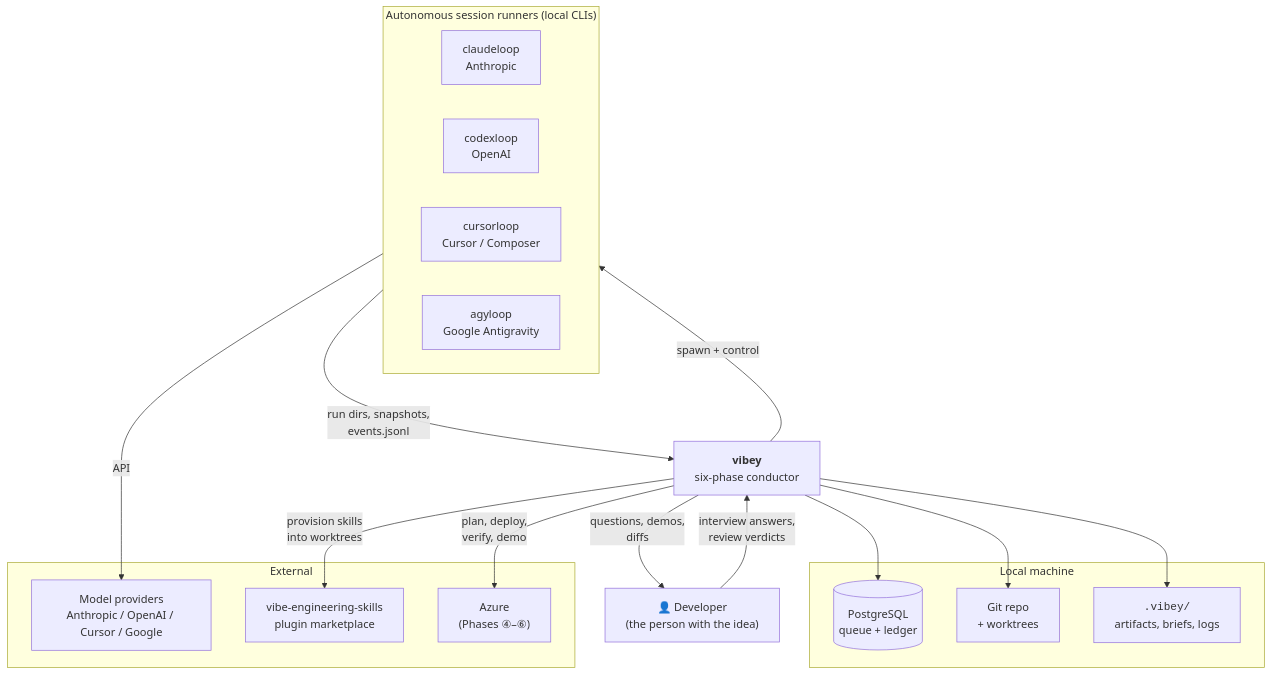
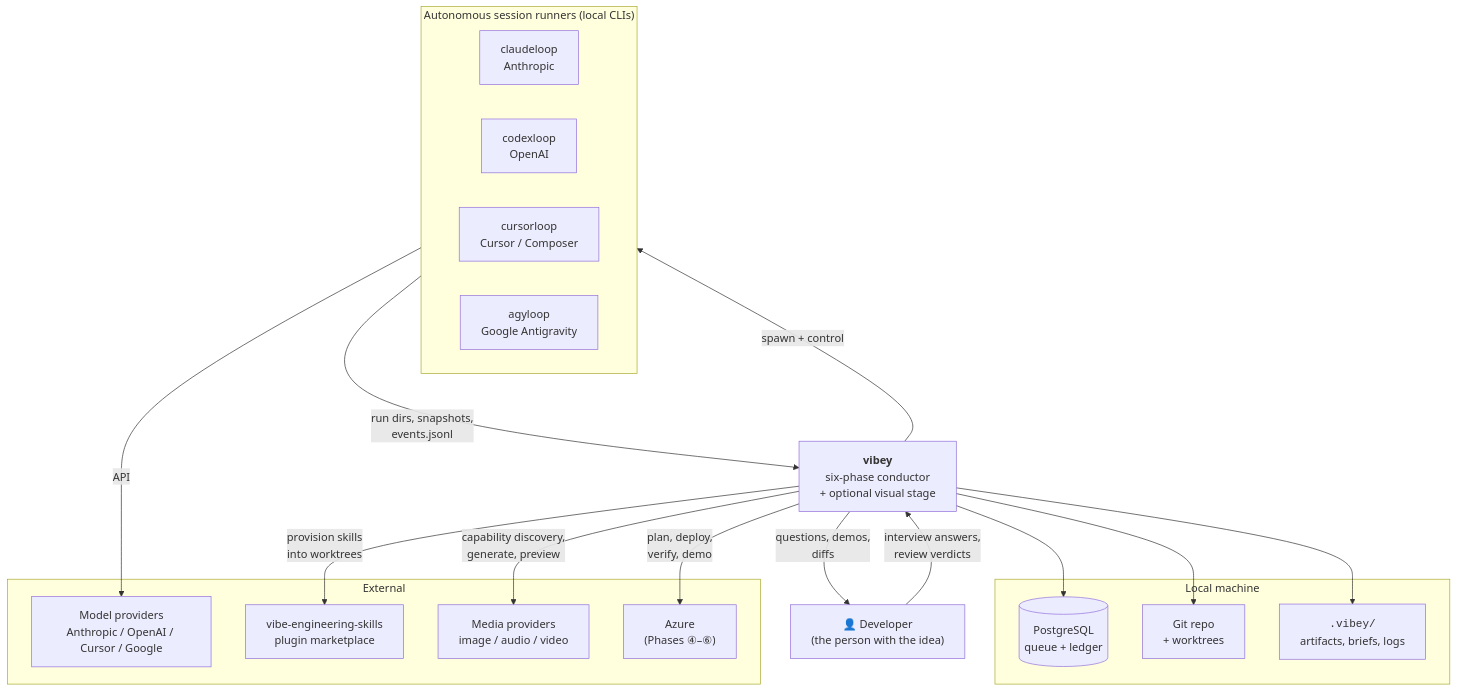
Before and after one commit to adammatthewsteinberger/vibey: the first of 6 diagrams in docs/plans/architecture-and-roadmap.md, drawn with Mermaid. The commit also changed other lines of this file and 9 other files, not shown here.

````diff
--- a/docs/plans/architecture-and-roadmap.md
+++ b/docs/plans/architecture-and-roadmap.md
@@ -82,35 +82,37 @@
 ```mermaid
 graph TB
     User["👤 Developer<br/>(the person with the idea)"]
-    Vibey["<b>vibey</b><br/>six-phase conductor"]
+    Vibey["<b>vibey</b><br/>six-phase conductor<br/>+ optional visual stage"]
 
     subgraph Engines["Autonomous session runners (local CLIs)"]
         CL["claudeloop<br/>Anthropic"]
         XL["codexloop<br/>OpenAI"]
         UL["cursorloop<br/>Cursor / Composer"]
         AL["agyloop<br/>Google Antigravity"]
     end
 
     subgraph Local["Local machine"]
         PG[("PostgreSQL<br/>queue + ledger")]
         Git["Git repo<br/>+ worktrees"]
         FS["<code>.vibey/</code><br/>artifacts, briefs, logs"]
     end
 
     subgraph External["External"]
         Providers["Model providers<br/>Anthropic / OpenAI / Cursor / Google"]
         Market["vibe-engineering-skills<br/>plugin marketplace"]
+        Media["Media providers<br/>image / audio / video"]
         Azure["Azure<br/>(Phases ④–⑥)"]
     end
 
     User -->|"interview answers,<br/>review verdicts"| Vibey
     Vibey -->|"questions, demos,<br/>diffs"| User
     Vibey -->|"spawn + control"| Engines
     Engines -->|"run dirs, snapshots,<br/>events.jsonl"| Vibey
     Engines -->|API| Providers
+    Vibey -->|"capability discovery,<br/>generate, preview"| Media
     Vibey --> PG
     Vibey --> Git
     Vibey --> FS
     Vibey -->|"provision skills<br/>into worktrees"| Market
     Vibey -->|"plan, deploy,<br/>verify, demo"| Azure
 ```
````
